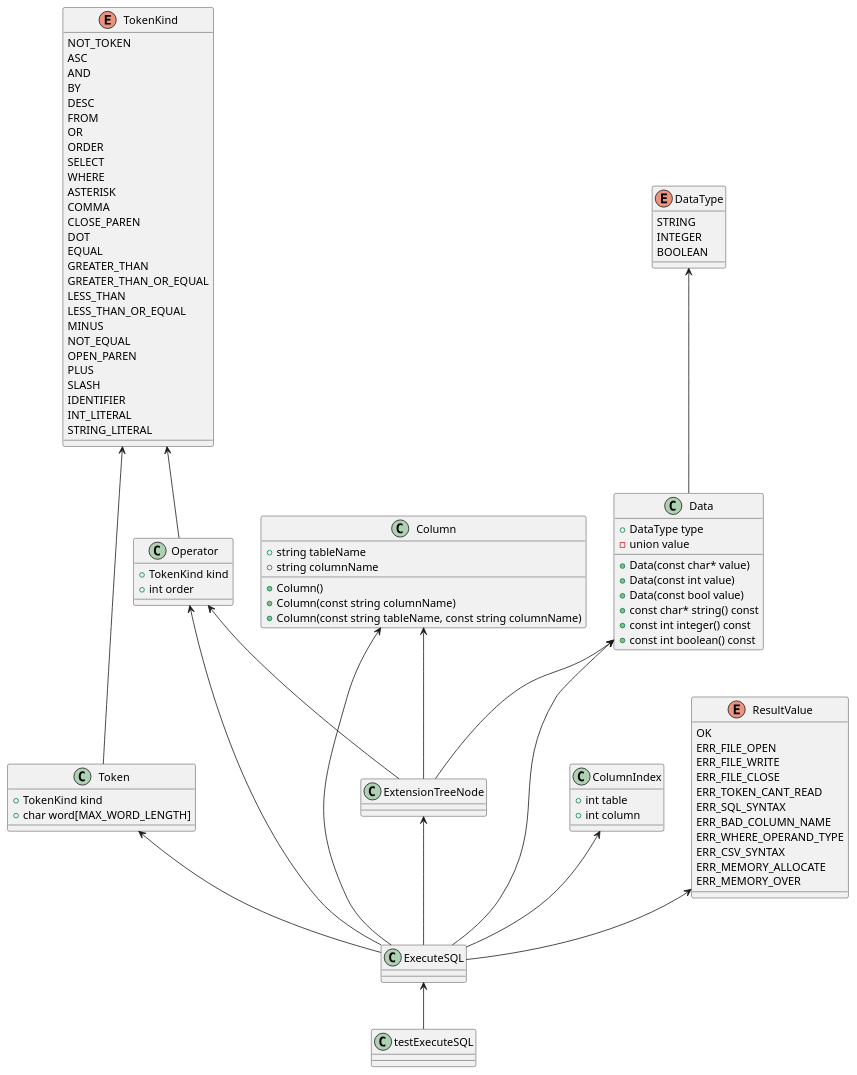
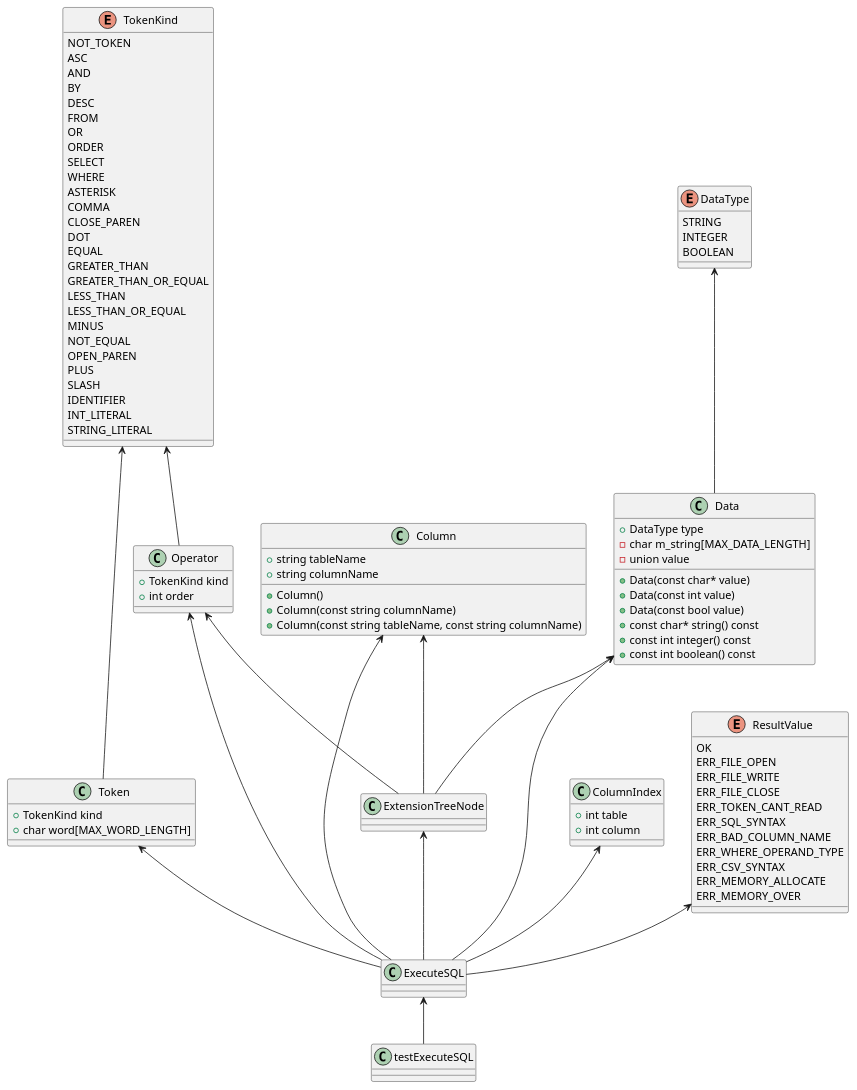
Before and after one commit to yotten/TinySQL: the diagram in ExecuteSQL.pu, drawn with PlantUML. The commit also changed 2 other files, not shown here.

```diff
--- a/ExecuteSQL.pu
+++ b/ExecuteSQL.pu
@@ -1,97 +1,98 @@
 @startuml
 
 class testExecuteSQL {}
 class ExecuteSQL {}
 class Data {
     +DataType type
+	-char m_string[MAX_DATA_LENGTH]
 	-union value
 	+Data(const char* value)
 	+Data(const int value)
 	+Data(const bool value)
 	+const char* string() const
 	+const int integer() const
 	+const int boolean() const
 }
 class Operator{
     +TokenKind kind
     +int order
 }
 class Token{
     +TokenKind kind
     +char word[MAX_WORD_LENGTH]
 }
 class ExtensionTreeNode{}
 class ColumnIndex{
     +int table
     +int column
 }
 class Column{
     +string tableName
     +string columnName
     +Column()
     +Column(const string columnName)
     +Column(const string tableName, const string columnName)
 }
 enum DataType{
    	STRING
 	INTEGER
 	BOOLEAN
 }
 enum TokenKind{
     NOT_TOKEN
 	ASC
 	AND
 	BY
 	DESC
 	FROM
 	OR
 	ORDER
 	SELECT
 	WHERE
 	ASTERISK
 	COMMA
 	CLOSE_PAREN
 	DOT
 	EQUAL
 	GREATER_THAN
 	GREATER_THAN_OR_EQUAL
 	LESS_THAN
 	LESS_THAN_OR_EQUAL
 	MINUS
 	NOT_EQUAL
 	OPEN_PAREN
 	PLUS
 	SLASH
 	IDENTIFIER
 	INT_LITERAL
 	STRING_LITERAL
 }
 enum ResultValue{
     OK
 	ERR_FILE_OPEN
 	ERR_FILE_WRITE
 	ERR_FILE_CLOSE
 	ERR_TOKEN_CANT_READ
 	ERR_SQL_SYNTAX
 	ERR_BAD_COLUMN_NAME
 	ERR_WHERE_OPERAND_TYPE
 	ERR_CSV_SYNTAX
 	ERR_MEMORY_ALLOCATE
 	ERR_MEMORY_OVER
 }
 
 ExecuteSQL <-- testExecuteSQL
 Data <-- ExecuteSQL
 Operator <-- ExecuteSQL
 Token <-- ExecuteSQL
 ExtensionTreeNode <-- ExecuteSQL
 ColumnIndex <-- ExecuteSQL
 Column <-- ExecuteSQL
 ResultValue <-- ExecuteSQL
 DataType <-- Data
 TokenKind <-- Token
 TokenKind <-- Operator
 Operator <-- ExtensionTreeNode
 Column <-- ExtensionTreeNode
 Data <-- ExtensionTreeNode
 @enduml
```
